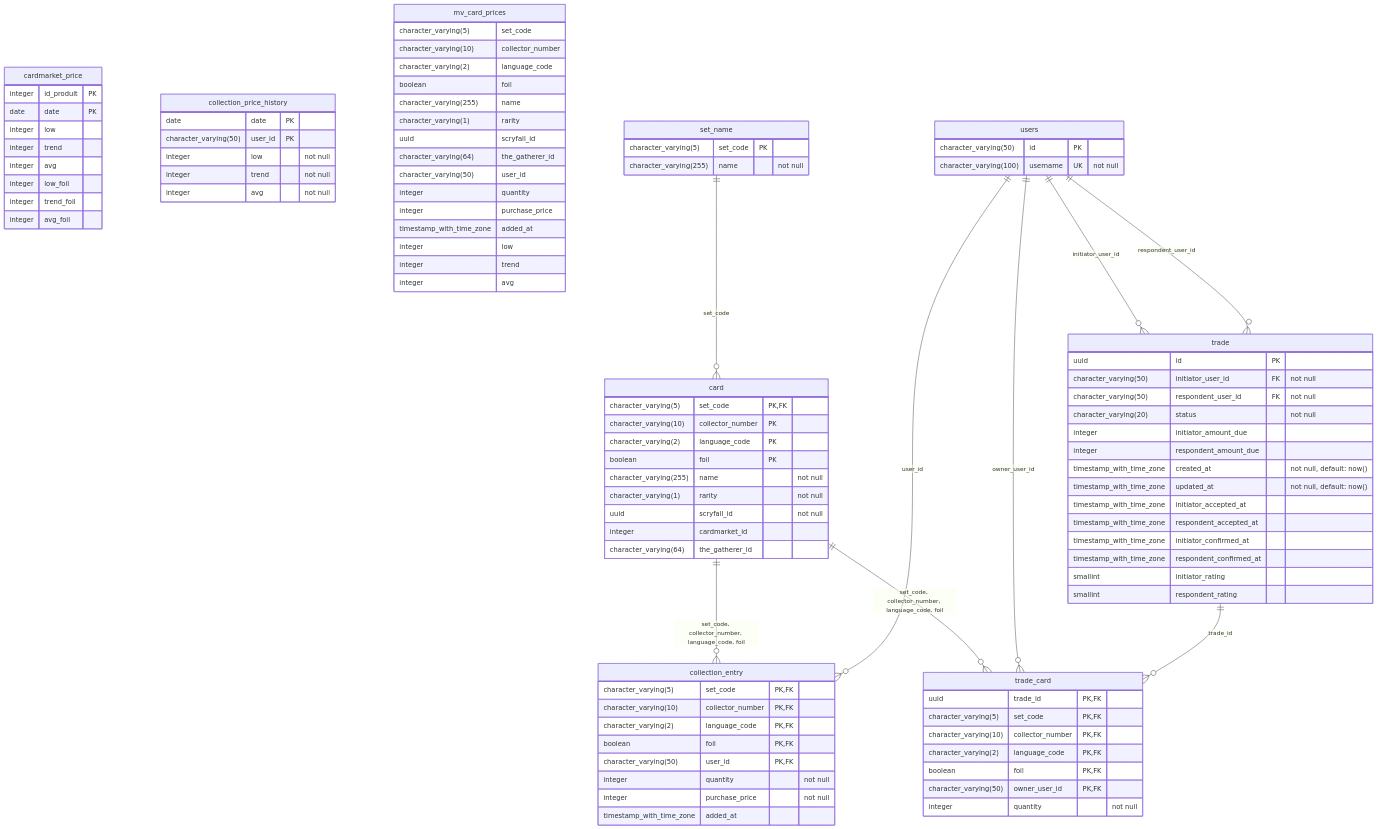
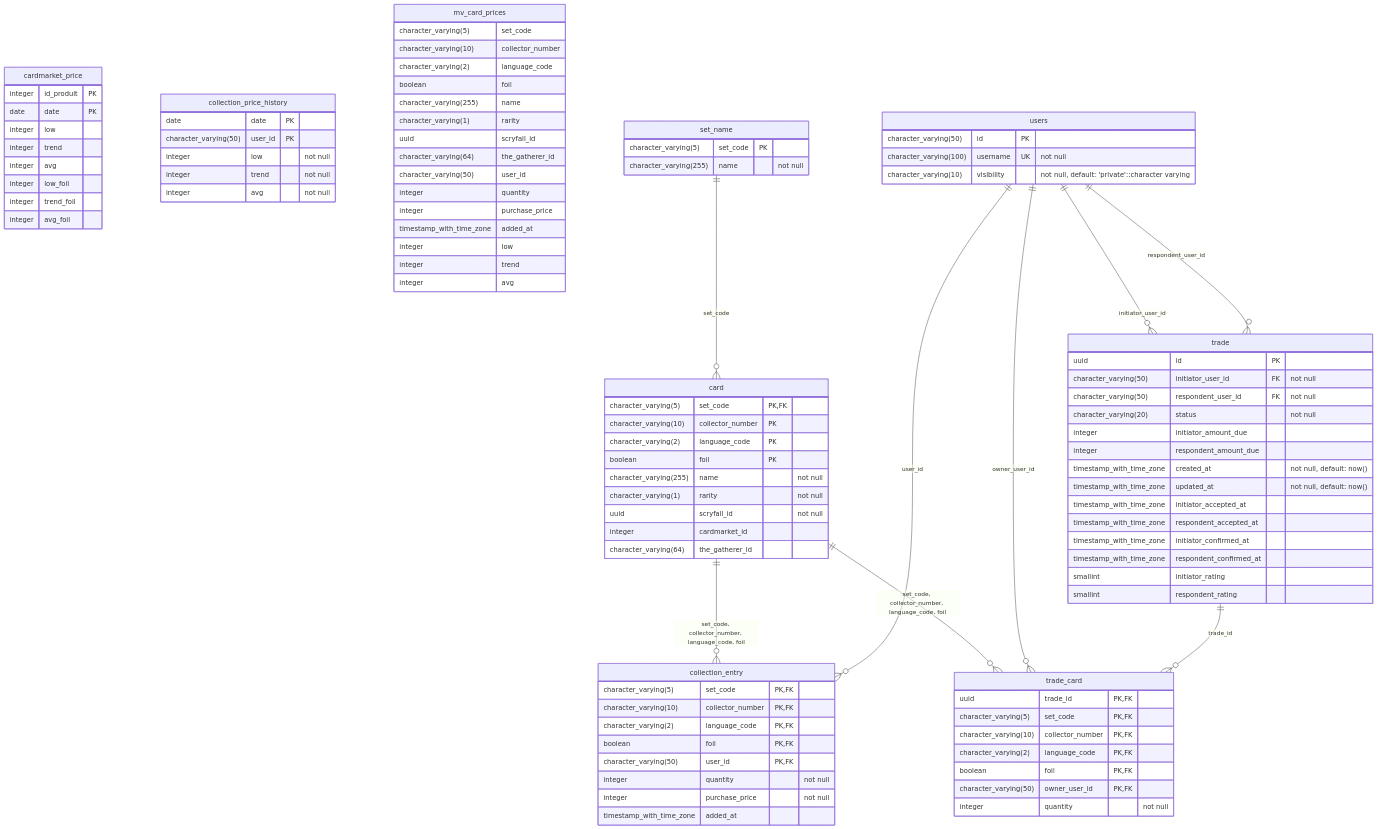
The diagram in doc/db.md (michaelcoll/arcane-exchange), drawn with Mermaid before and after one commit. The commit also changed other lines of this file and 30 other files, not shown here.

```diff
--- a/doc/db.md
+++ b/doc/db.md
@@ -89,6 +89,7 @@
     users {
         character_varying(50) id PK
         character_varying(100) username UK "not null"
+        character_varying(10) visibility "not null, default: 'private'::character varying"
     }
     set_name ||--o{ card : "set_code"
     card ||--o{ collection_entry : "set_code, collector_number, language_code, foil"
```
